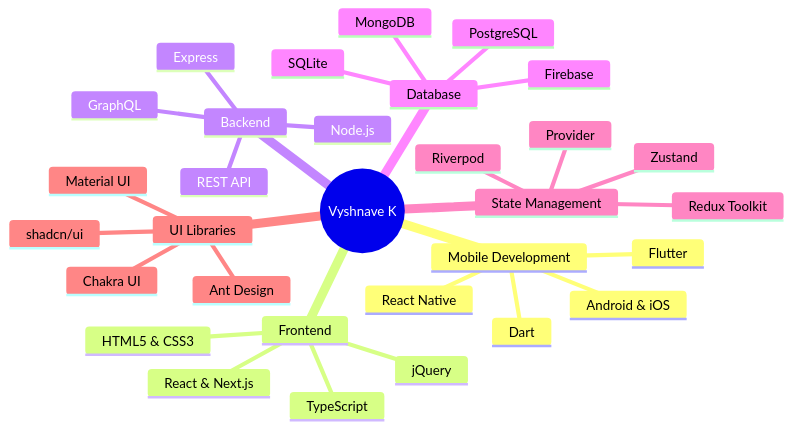
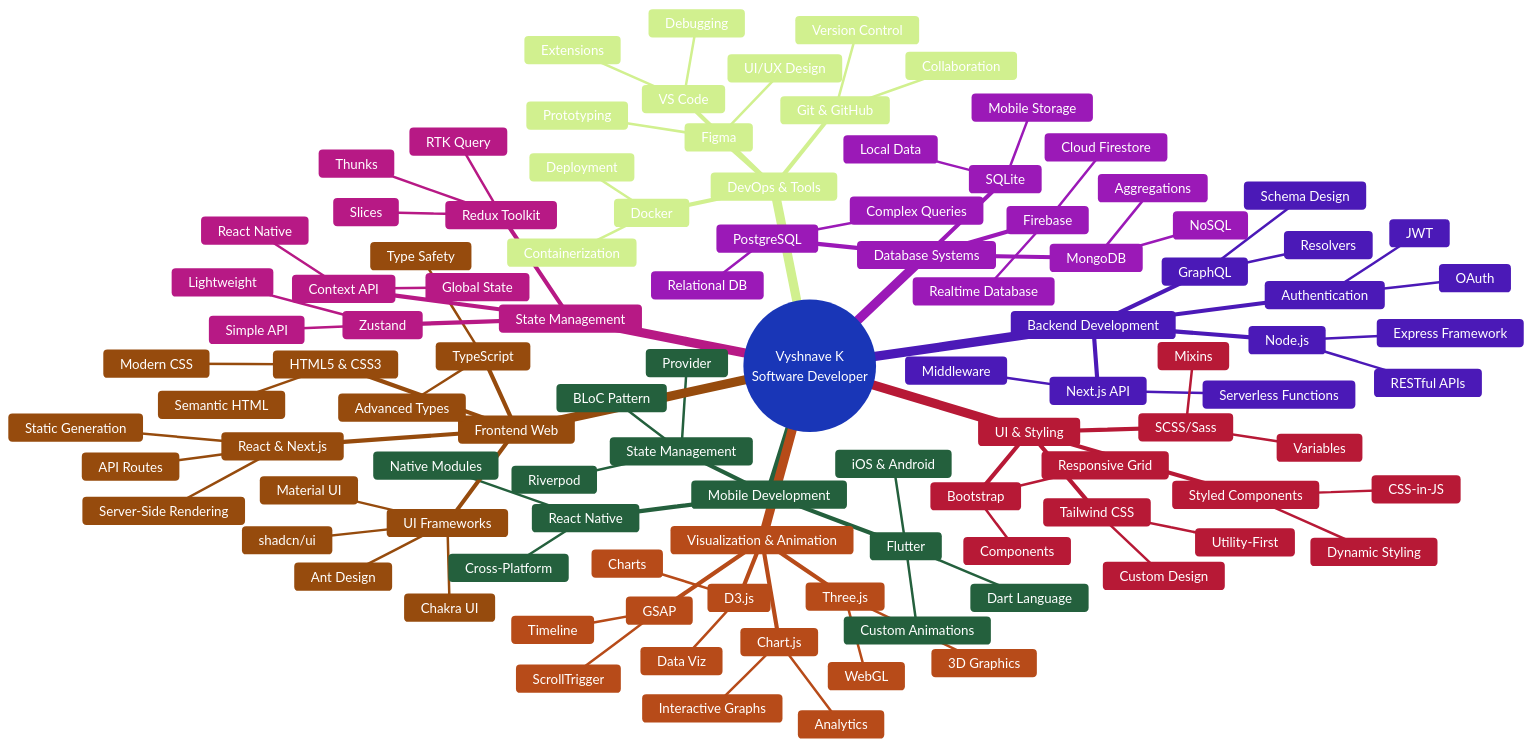
Before and after one commit to vyshnave1997/vyshnave1997: the diagram in README.md, drawn with Mermaid.

````diff
--- a/README.md
+++ b/README.md
@@ -61,34 +61,116 @@
 ```mermaid
+%%{init: {'theme':'base', 'themeVariables': { 'primaryColor':'#667eea','primaryTextColor':'#fff','primaryBorderColor':'#5a67d8','lineColor':'#a0aec0','secondaryColor':'#48bb78','tertiaryColor':'#ed8936','noteBkgColor':'#f7fafc','noteTextColor':'#2d3748'}}}%%
 mindmap
-  root((Vyshnave K))
+  root((Vyshnave K<br/>Software Developer))
     Mobile Development
       Flutter
-      Dart
+        Dart Language
+        iOS & Android
+        Custom Animations
       React Native
-      Android & iOS
-    Frontend
+        Cross-Platform
+        Native Modules
+      State Management
+        Provider
+        Riverpod
+        BLoC Pattern
+    
+    Frontend Web
       React & Next.js
+        Server-Side Rendering
+        Static Generation
+        API Routes
       TypeScript
+        Type Safety
+        Advanced Types
       HTML5 & CSS3
-      jQuery
-    Backend
+        Semantic HTML
+        Modern CSS
+      UI Frameworks
+        Material UI
+        Ant Design
+        Chakra UI
+        shadcn/ui
+    
+    Backend Development
       Node.js
-      Express
+        Express Framework
+        RESTful APIs
+      Next.js API
+        Serverless Functions
+        Middleware
       GraphQL
-      REST API
-    Database
+        Schema Design
+        Resolvers
+      Authentication
+        JWT
+        OAuth
+    
+    Database Systems
       MongoDB
+        NoSQL
+        Aggregations
       PostgreSQL
+        Relational DB
+        Complex Queries
       Firebase
+        Realtime Database
+        Cloud Firestore
       SQLite
+        Mobile Storage
+        Local Data
+    
     State Management
       Redux Toolkit
+        Slices
+        Thunks
+        RTK Query
       Zustand
-      Provider
-      Riverpod
-    UI Libraries
-      Material UI
-      Ant Design
-      Chakra UI
-      shadcn/ui
+        Lightweight
+        Simple API
+      Context API
+        React Native
+        Global State
+    
+    UI & Styling
+      Tailwind CSS
+        Utility-First
+        Custom Design
+      SCSS/Sass
+        Variables
+        Mixins
+      Styled Components
+        CSS-in-JS
+        Dynamic Styling
+      Bootstrap
+        Responsive Grid
+        Components
+    
+    Visualization & Animation
+      Three.js
+        3D Graphics
+        WebGL
+      GSAP
+        Timeline
+        ScrollTrigger
+      D3.js
+        Data Viz
+        Charts
+      Chart.js
+        Interactive Graphs
+        Analytics
+    
+    DevOps & Tools
+      Git & GitHub
+        Version Control
+        Collaboration
+      Docker
+        Containerization
+        Deployment
+      VS Code
+        Extensions
+        Debugging
+      Figma
+        UI/UX Design
+        Prototyping
 ```
````
